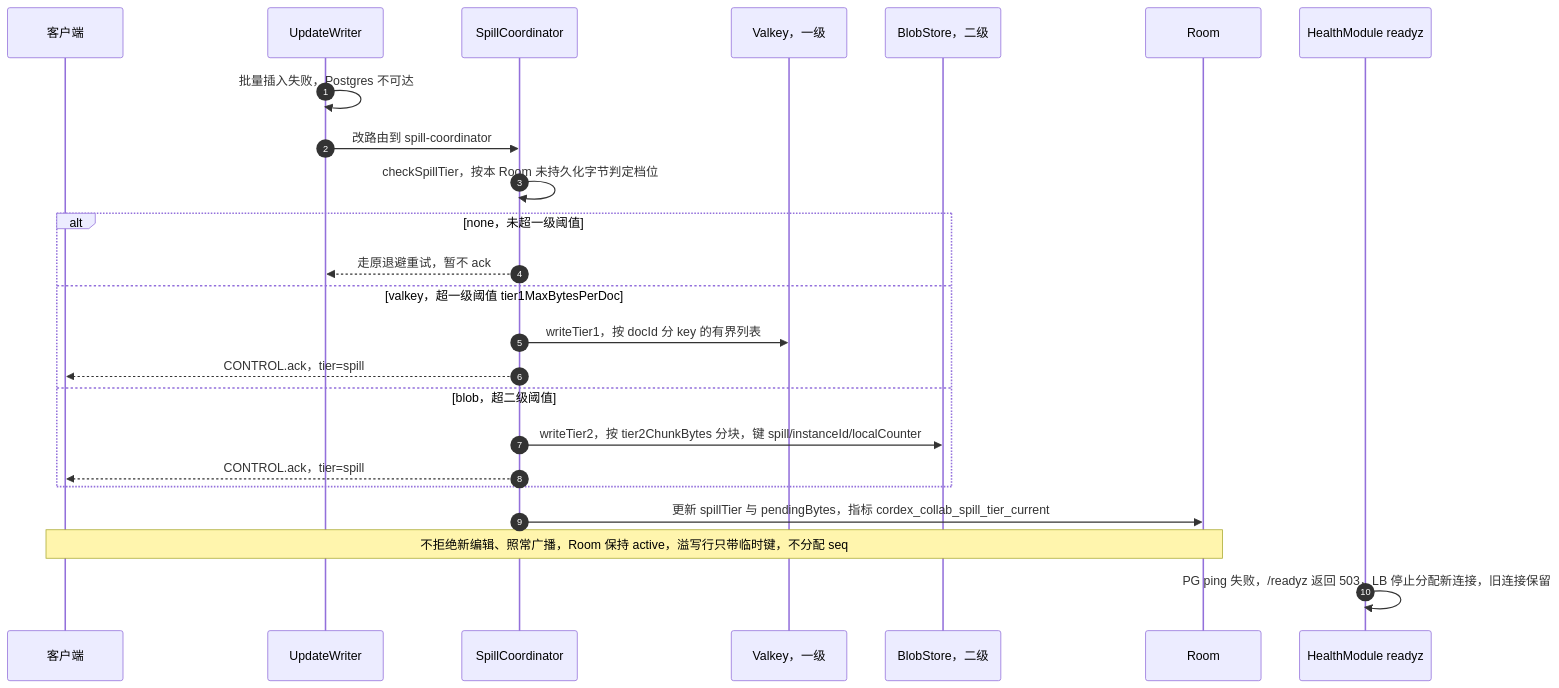
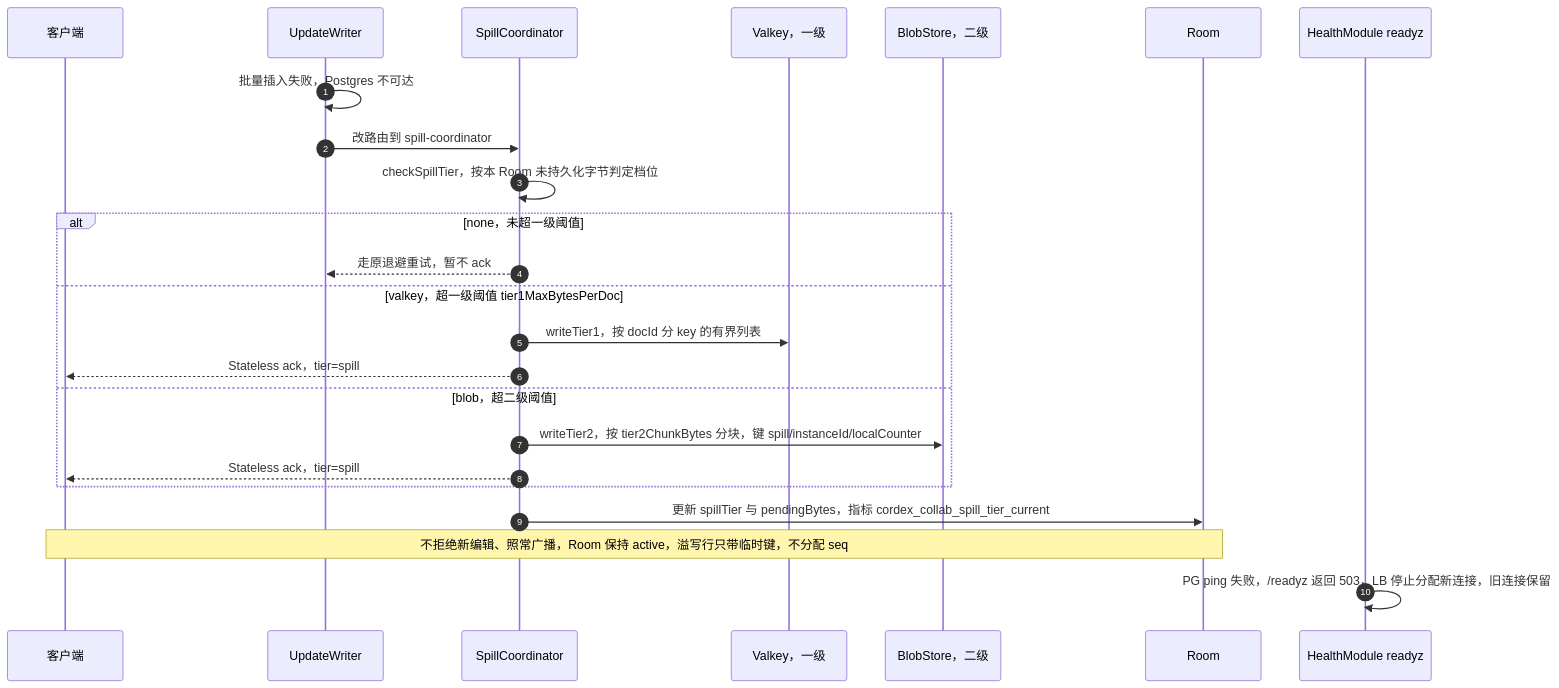
One commit to Xeonice/cordis-ppt-editor changed diagram 26 of 46 in docs/40-modules/19-atlas-backend-and-data.md. Above: the diagram before and after it, drawn with Mermaid. The commit also changed other lines of this file and 78 other files, not shown here.

````diff
--- a/docs/40-modules/19-atlas-backend-and-data.md
+++ b/docs/40-modules/19-atlas-backend-and-data.md
@@ -1062,26 +1061,26 @@
 ```mermaid
 sequenceDiagram
   autonumber
   participant a as 客户端
   participant uw as UpdateWriter
   participant sc as SpillCoordinator
   participant vk as Valkey，一级
   participant bs as BlobStore，二级
   participant room as Room
   participant hz as HealthModule readyz
   uw->>uw: 批量插入失败，Postgres 不可达
   uw->>sc: 改路由到 spill-coordinator
   sc->>sc: checkSpillTier，按本 Room 未持久化字节判定档位
   alt none，未超一级阈值
     sc-->>uw: 走原退避重试，暂不 ack
   else valkey，超一级阈值 tier1MaxBytesPerDoc
     sc->>vk: writeTier1，按 docId 分 key 的有界列表
-    sc-->>a: CONTROL.ack，tier=spill
+    sc-->>a: Stateless ack，tier=spill
   else blob，超二级阈值
     sc->>bs: writeTier2，按 tier2ChunkBytes 分块，键 spill/instanceId/localCounter
-    sc-->>a: CONTROL.ack，tier=spill
+    sc-->>a: Stateless ack，tier=spill
   end
   sc->>room: 更新 spillTier 与 pendingBytes，指标 cordex_collab_spill_tier_current
   Note over a,room: 不拒绝新编辑、照常广播，Room 保持 active，溢写行只带临时键，不分配 seq
   hz->>hz: PG ping 失败，/readyz 返回 503，LB 停止分配新连接，旧连接保留
 ```
````
